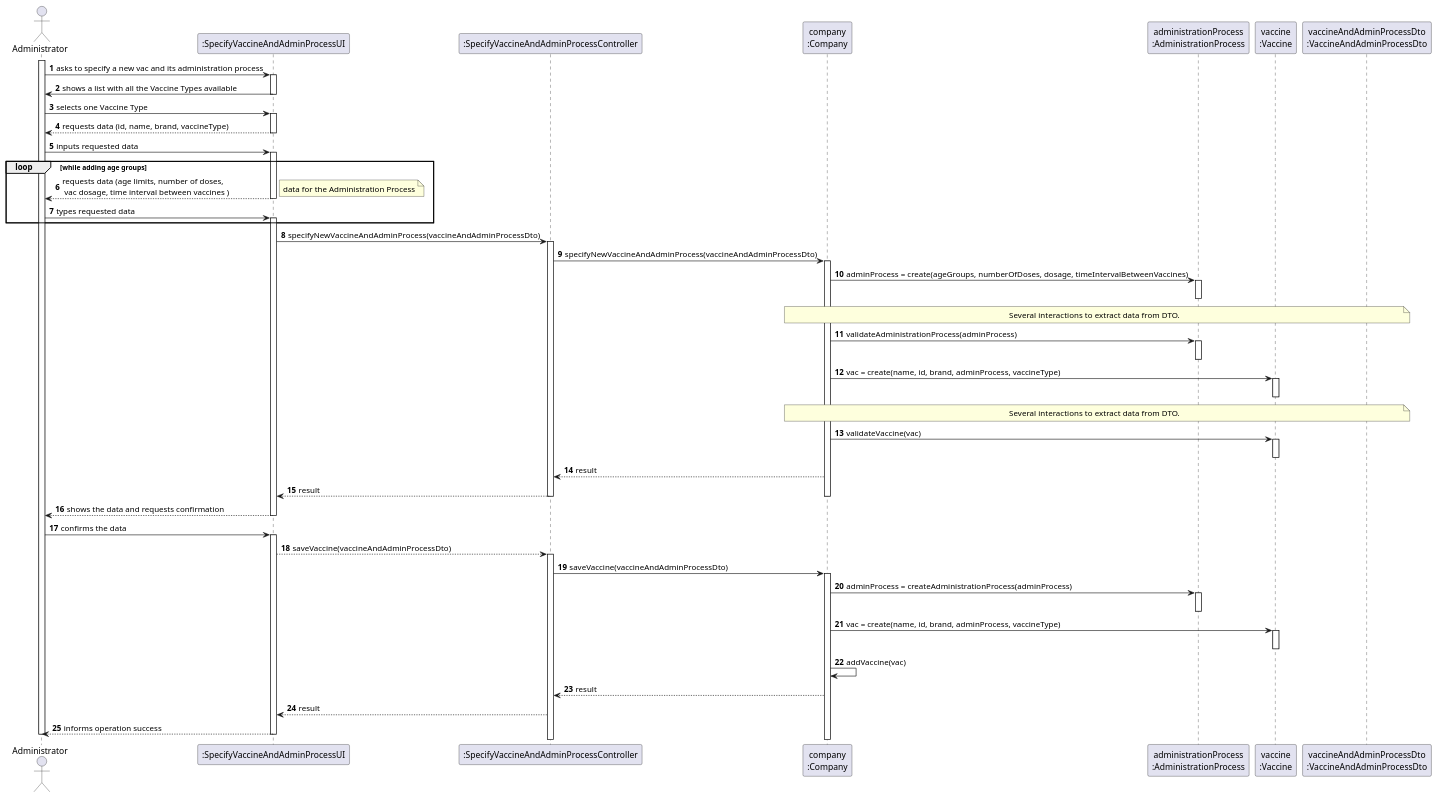
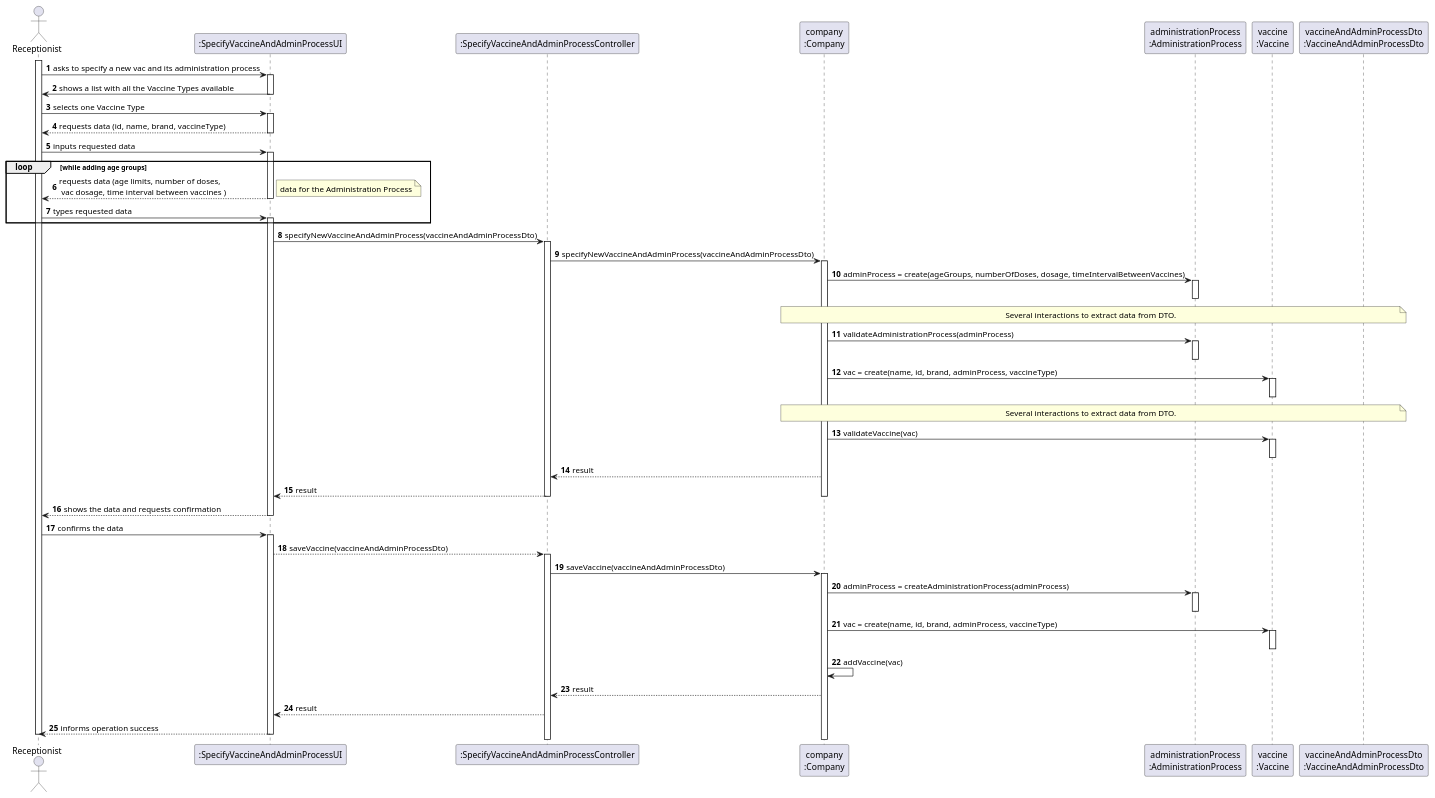
One commit to Pirussa/lei-22-s2-1da-g02 changed the diagram in docs/SprintC/US001/US001_SD.puml. Above: the diagram before and after it, drawn with PlantUML. The commit also changed 1 other file, not shown here.

Commit message:
USOO1 & US002 - ScheduleVaccinationTest - Started testing the vaccination scheduling process.

```diff
--- a/docs/SprintC/US001/US001_SD.puml
+++ b/docs/SprintC/US001/US001_SD.puml
@@ -1,110 +1,110 @@
 @startuml
 
 autonumber
 
-actor Administrator as A
+actor Receptionist as R
 
 participant ":SpecifyVaccineAndAdminProcessUI" as UI
 participant ":SpecifyVaccineAndAdminProcessController" as CTRL
 participant "company\n:Company" as C
 participant "administrationProcess\n:AdministrationProcess" as AP
 participant "vaccine\n:Vaccine" as V
 participant "vaccineAndAdminProcessDto\n:VaccineAndAdminProcessDto" as DTO
 
-activate A
-A -> UI :asks to specify a new vac and its administration process
+activate R
+R -> UI :asks to specify a new vac and its administration process
 
 activate UI
-UI-> A : shows a list with all the Vaccine Types available
+UI-> R : shows a list with all the Vaccine Types available
 deactivate UI
 
 
-A-> UI : selects one Vaccine Type
+R-> UI : selects one Vaccine Type
 
 
 
 activate UI
-UI --> A : requests data (id, name, brand, vaccineType)
+UI --> R : requests data (id, name, brand, vaccineType)
 deactivate UI
 
-A -> UI : inputs requested data
+R -> UI : inputs requested data
 
 activate UI
 
 loop while adding age groups
- UI --> A : requests data (age limits, number of doses,\n vac dosage, time interval between vaccines )
+ UI --> R : requests data (age limits, number of doses,\n vac dosage, time interval between vaccines )
 
 deactivate UI
 note right
 data for the Administration Process
 end note
 
 
-A -> UI : types requested data
+R -> UI : types requested data
 activate UI
 
 end
 
 
 
 activate UI
 UI -> CTRL : specifyNewVaccineAndAdminProcess(vaccineAndAdminProcessDto)
 
 activate CTRL
 CTRL -> C : specifyNewVaccineAndAdminProcess(vaccineAndAdminProcessDto)
 
 activate C
 C -> AP : adminProcess = create(ageGroups, numberOfDoses, dosage, timeIntervalBetweenVaccines)
 
 note over C, DTO : Several interactions to extract data from DTO.
 
 
 activate AP
 deactivate AP
 
 C -> AP : validateAdministrationProcess(adminProcess)
 activate AP
 deactivate AP
 
 
 C -> V : vac = create(name, id, brand, adminProcess, vaccineType)
 note over C, DTO : Several interactions to extract data from DTO.
 
 activate V
 deactivate V
 
 C -> V : validateVaccine(vac)
 activate V
 deactivate V
 C --> CTRL : result
 CTRL --> UI : result
 deactivate CTRL
 deactivate C
-UI --> A : shows the data and requests confirmation
+UI --> R : shows the data and requests confirmation
 deactivate UI
-A -> UI : confirms the data
+R -> UI : confirms the data
 activate UI
 UI --> CTRL : saveVaccine(vaccineAndAdminProcessDto)
 
 activate CTRL
 
 CTRL -> C : saveVaccine(vaccineAndAdminProcessDto)
 
 activate C
 C -> AP : adminProcess = createAdministrationProcess(adminProcess)
 activate AP
 deactivate AP
 C -> V :vac = create(name, id, brand, adminProcess, vaccineType)
 activate V
 deactivate V
 
 C -> C : addVaccine(vac)
 
 
 
 C --> CTRL : result
 CTRL ---> UI : result
-UI --> A : informs operation success
+UI --> R : informs operation success
 deactivate UI
-deactivate A
+deactivate R
 @enduml
```
